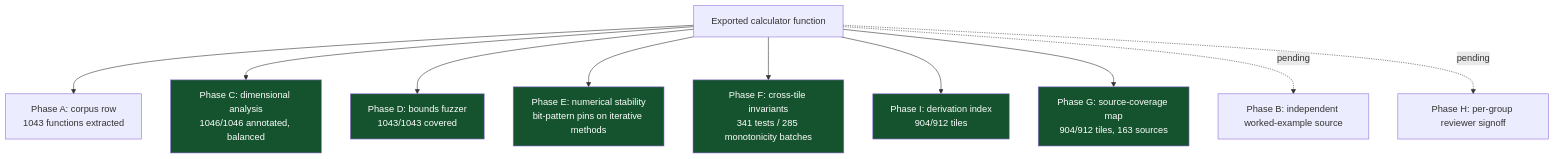
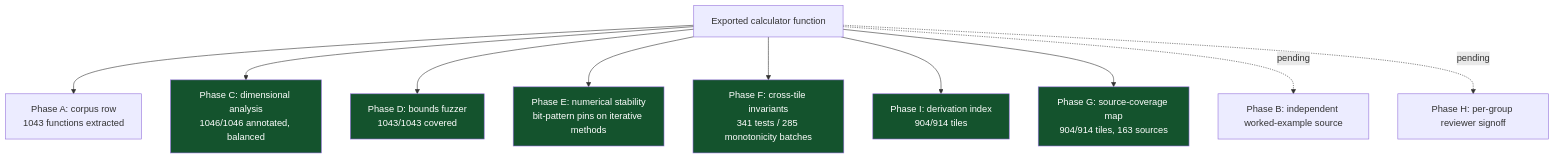
One commit to clay-good/roughlogic.com changed the sixth of 8 diagrams in README.md. Above: the diagram before and after it, drawn with Mermaid. The commit also changed other lines of this file and 18 other files, not shown here.

````diff
--- a/README.md
+++ b/README.md
@@ -519,18 +519,18 @@
 ```mermaid
 flowchart TB
     F[Exported calculator function] --> A[Phase A: corpus row\n1043 functions extracted]
     F --> C[Phase C: dimensional analysis\n1046/1046 annotated, balanced]
     F --> D[Phase D: bounds fuzzer\n1043/1043 covered]
     F --> E[Phase E: numerical stability\nbit-pattern pins on iterative methods]
     F --> Fa[Phase F: cross-tile invariants\n341 tests / 285 monotonicity batches]
-    F --> I[Phase I: derivation index\n904/912 tiles]
-    F --> G[Phase G: source-coverage map\n904/912 tiles, 163 sources]
+    F --> I[Phase I: derivation index\n904/914 tiles]
+    F --> G[Phase G: source-coverage map\n904/914 tiles, 163 sources]
     F -.pending.-> B[Phase B: independent worked-example source]
     F -.pending.-> H[Phase H: per-group reviewer signoff]
     style C fill:#14532d,color:#fff
     style D fill:#14532d,color:#fff
     style E fill:#14532d,color:#fff
     style Fa fill:#14532d,color:#fff
     style G fill:#14532d,color:#fff
     style I fill:#14532d,color:#fff
 ```
````
